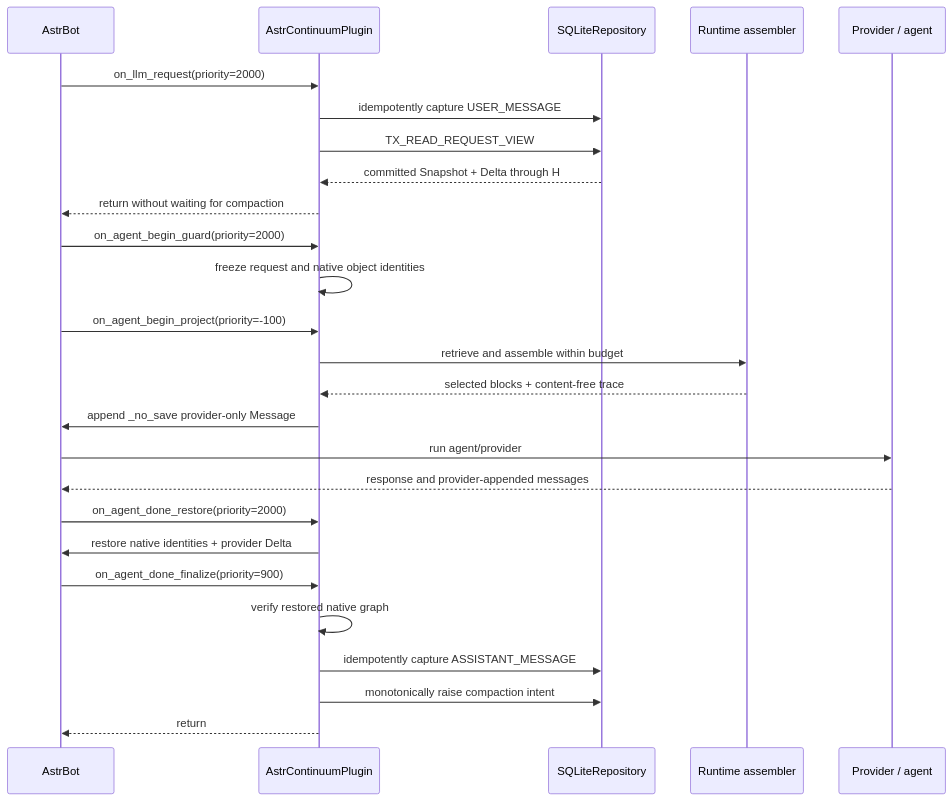
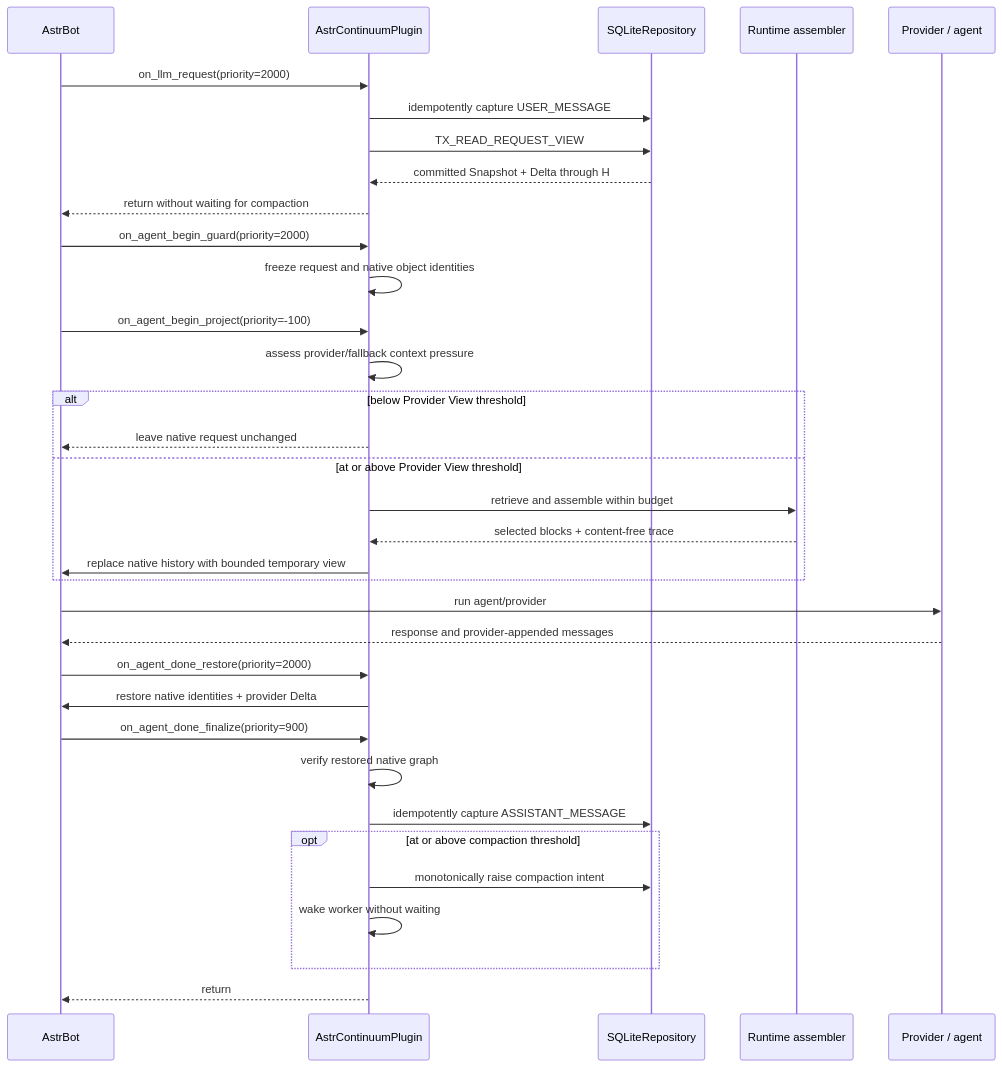
One commit to 2718labs/astrbot_plugin_astrcontinuum changed the second of 2 diagrams in docs/ARCHITECTURE.md. Above: the diagram before and after it, drawn with Mermaid. The commit also changed other lines of this file and 33 other files, not shown here.

````diff
--- a/docs/ARCHITECTURE.md
+++ b/docs/ARCHITECTURE.md
@@ -178,34 +180,42 @@
 ```mermaid
 sequenceDiagram
     participant AB as AstrBot
     participant AC as AstrContinuumPlugin
     participant DB as SQLiteRepository
     participant RT as Runtime assembler
     participant LLM as Provider / agent
 
     AB->>AC: on_llm_request(priority=2000)
     AC->>DB: idempotently capture USER_MESSAGE
     AC->>DB: TX_READ_REQUEST_VIEW
     DB-->>AC: committed Snapshot + Delta through H
     AC-->>AB: return without waiting for compaction
 
     AB->>AC: on_agent_begin_guard(priority=2000)
     AC->>AC: freeze request and native object identities
 
     AB->>AC: on_agent_begin_project(priority=-100)
-    AC->>RT: retrieve and assemble within budget
-    RT-->>AC: selected blocks + content-free trace
-    AC->>AB: append _no_save provider-only Message
+    AC->>AC: assess provider/fallback context pressure
+    alt below Provider View threshold
+        AC-->>AB: leave native request unchanged
+    else at or above Provider View threshold
+        AC->>RT: retrieve and assemble within budget
+        RT-->>AC: selected blocks + content-free trace
+        AC->>AB: replace native history with bounded temporary view
+    end
 
     AB->>LLM: run agent/provider
     LLM-->>AB: response and provider-appended messages
 
     AB->>AC: on_agent_done_restore(priority=2000)
     AC->>AB: restore native identities + provider Delta
 
     AB->>AC: on_agent_done_finalize(priority=900)
     AC->>AC: verify restored native graph
     AC->>DB: idempotently capture ASSISTANT_MESSAGE
-    AC->>DB: monotonically raise compaction intent
+    opt at or above compaction threshold
+        AC->>DB: monotonically raise compaction intent
+        AC->>AC: wake worker without waiting
+    end
     AC-->>AB: return
 ```
````
